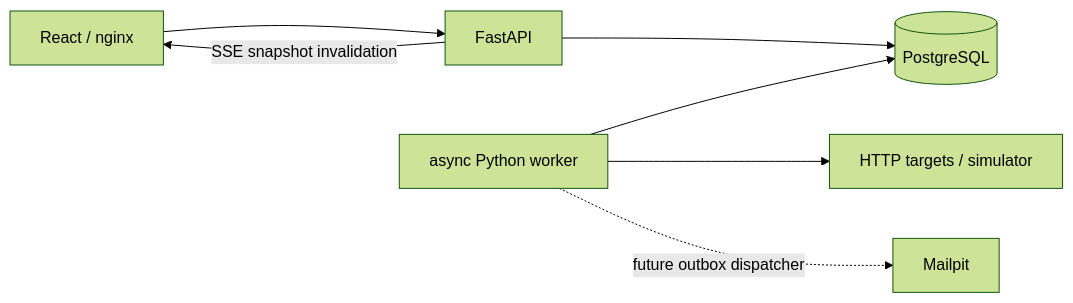
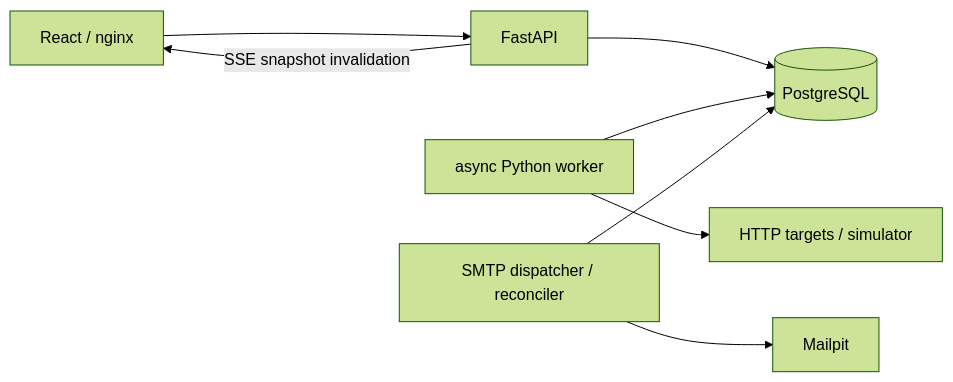
One commit to azimkhanrazdva/servicepulse changed the diagram in docs/architecture.md. Above: the diagram before and after it, drawn with Mermaid (forest theme). The commit also changed other lines of this file and 40 other files, not shown here.

````diff
--- a/docs/architecture.md
+++ b/docs/architecture.md
@@ -8,9 +8,10 @@
 ```mermaid
 flowchart LR
   UI[React / nginx] --> API[FastAPI]
   API --> DB[(PostgreSQL)]
   Worker[async Python worker] --> DB
   Worker --> Targets[HTTP targets / simulator]
   API -->|SSE snapshot invalidation| UI
-  Worker -. future outbox dispatcher .-> SMTP[Mailpit]
+  Dispatcher[SMTP dispatcher / reconciler] --> DB
+  Dispatcher --> SMTP[Mailpit]
 ```
````
